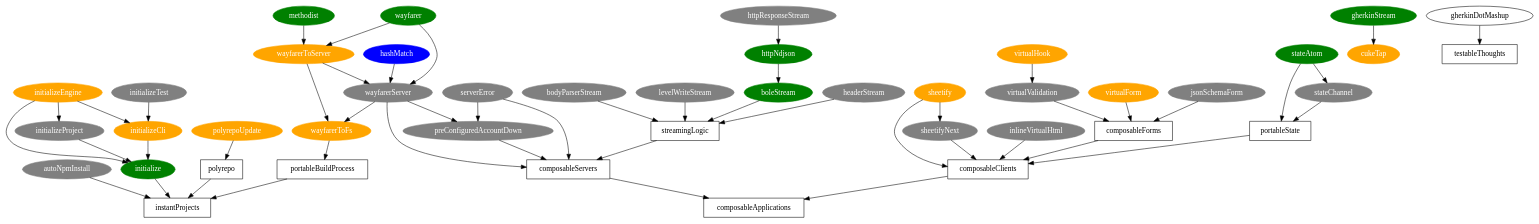
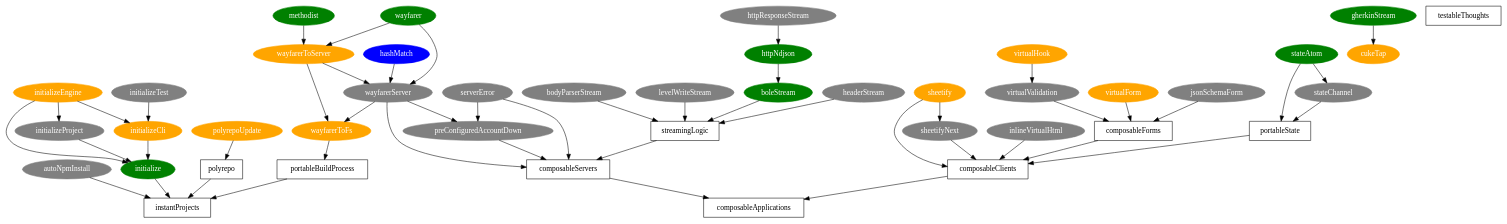
Before and after one commit to yoshuawuyts/plan: the diagram in plan.dot, drawn with Graphviz. The commit also changed 1 other file, not shown here.

Commit message:
plan: remove gherkinDot

```diff
--- a/plan.dot
+++ b/plan.dot
@@ -1,95 +1,94 @@
 // colors
 //   gray = not implemented
 //   orange = experimental
 //   green = stable
 //   blue = locked
 
 digraph planning {
   // routing, which leads to solid
   // portable ways of getting data around
   // wayfarer-to-server
   hashMatch [style="filled" fontcolor="white" color="blue"]
   methodist [style="filled" fontcolor="white" color="green"]
   wayfarer [style="filled" fontcolor="white" color="green"]
   wayfarerToFs [style="filled" fontcolor="white" color="orange"]
   wayfarerToServer [style="filled" fontcolor="white" color="orange"]
   wayfarerServer [style="filled" fontcolor="white" color="gray"]
   {wayfarer methodist} -> wayfarerToServer
   {wayfarer hashMatch wayfarerToServer} -> wayfarerServer
   {wayfarerServer wayfarerToServer} -> wayfarerToFs
 
   // composable servers
   // modular components to build http servers
   bodyParserStream [style="filled" fontcolor="white" color="gray"]
   levelWriteStream [style="filled" fontcolor="white" color="gray"]
   boleStream [style="filled" fontcolor="white" color="green"]
   httpNdjson [style="filled" fontcolor="white" color="green"]
   httpResponseStream [style="filled" fontcolor="white" color="gray"]
   serverError [style="filled" fontcolor="white" color="gray"]
   preConfiguredAccountDown [style="filled" fontcolor="white" color="gray"]
   headerStream [style="filled" fontcolor="white" color="gray"] // modified headers, etags
   httpResponseStream -> httpNdjson
   httpNdjson -> boleStream
   {bodyParserStream levelWriteStream headerStream} -> streamingLogic
   serverError -> composableServers
   wayfarerServer -> composableServers
   {wayfarerServer serverError} -> preConfiguredAccountDown
   preConfiguredAccountDown -> composableServers
   boleStream -> streamingLogic -> composableServers
 
   // testable thoughts
   gherkinStream [style="filled" fontcolor="white" color="green"]
   cukeTap [style="filled" fontcolor="white" color="orange"]
   gherkinStream -> cukeTap
 
   // instant projects
   autoNpmInstall [style="filled" fontcolor="white" color="gray"]
   polyrepoUpdate [style="filled" fontcolor="white" color="orange"]
   initialize [style="filled" fontcolor="white" color="green"]
   initializeEngine [style="filled" fontcolor="white" color="orange"]
   initializeCli [style="filled" fontcolor="white" color="orange"]
   initializeProject [style="filled" fontcolor="white" color="gray"]
   initializeTest [style="filled" fontcolor="white" color="gray"]
   initializeEngine -> initializeCli
   initializeTest -> initializeCli
   initializeEngine -> initializeProject
   {initializeEngine initializeCli initializeProject} -> initialize
   {initialize autoNpmInstall} -> instantProjects
   polyrepoUpdate -> polyrepo
 
   // composable clients
   stateAtom [style="filled" fontcolor="white" color="green"]
   stateChannel [style="filled" fontcolor="white" color="gray"]
   virtualHook [style="filled" fontcolor="white" color="orange"]
   virtualValidation [style="filled" fontcolor="white" color="gray"]
   virtualForm [style="filled" fontcolor="white" color="orange"]
   jsonSchemaForm [style="filled" fontcolor="white" color="gray"]
   sheetify [style="filled" fontcolor="white" color="orange"]
   sheetifyNext [style="filled" fontcolor="white" color="gray"]
   inlineVirtualHtml [style="filled" fontcolor="white" color="gray"]
   sheetify -> sheetifyNext
   {sheetify sheetifyNext} -> composableClients
   stateAtom -> stateChannel
   virtualHook -> virtualValidation
   virtualValidation -> composableForms
   inlineVirtualHtml -> composableClients
   {jsonSchemaForm virtualForm} -> composableForms
   {stateAtom stateChannel} -> portableState
 
   // abstract
   composableApplications [shape="box"]
   composableClients [shape="box"]
   composableForms [shape="box"]
   composableServers [shape="box"]
   instantProjects [shape="box"]
   polyrepo [shape="box"]
   portableBuildProcess [shape="box"]
   portableState [shape="box"]
   streamingLogic [shape="box"]
   testableThoughts [shape="box"]
-  {gherkinDotMashup} -> testableThoughts
   {composableForms portableState} -> composableClients
   wayfarerToFs -> portableBuildProcess
   {portableBuildProcess polyrepo} -> instantProjects
   {composableClients composableServers} -> composableApplications
 }
```
